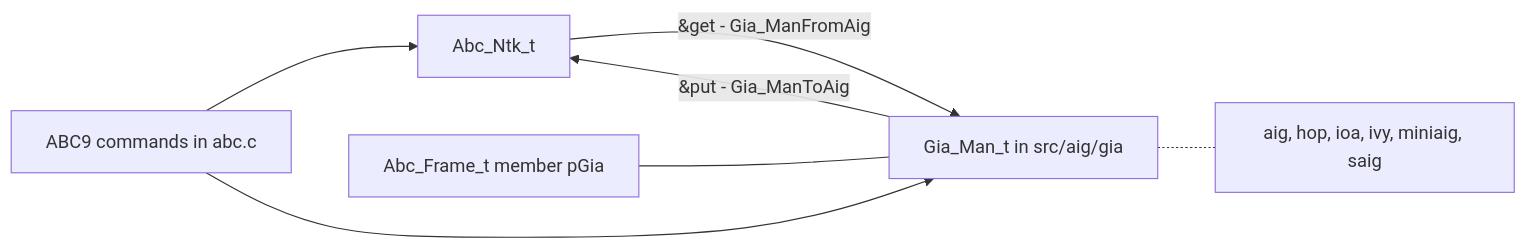
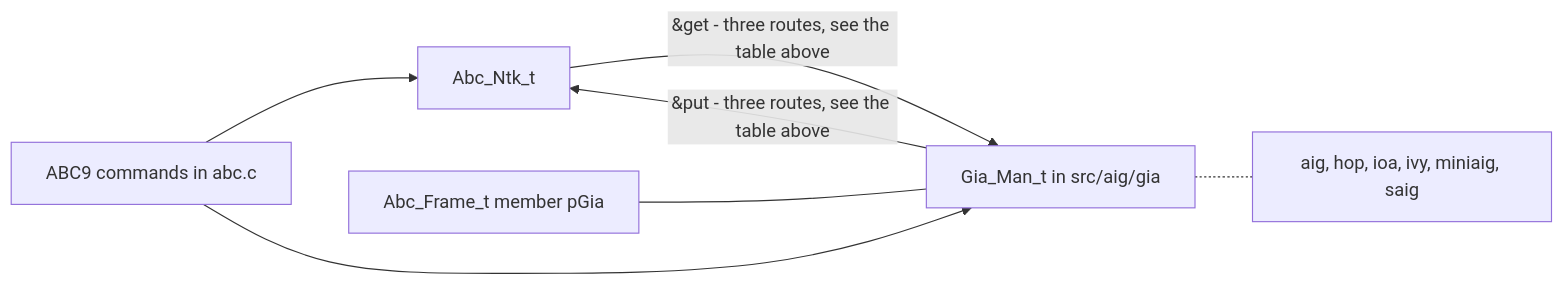
Before and after one commit to blitzy-research/abc: the first of 10 diagrams in src/aig/gia/README.md, drawn with Mermaid. The commit also changed other lines of this file and 3 other files, not shown here.

````diff
--- a/src/aig/gia/README.md
+++ b/src/aig/gia/README.md
@@ -153,14 +157,14 @@
 ```mermaid
 graph LR
     CMD["ABC9 commands in abc.c"]
     NTK["Abc_Ntk_t"]
     GIA["Gia_Man_t in src/aig/gia"]
     FRAME["Abc_Frame_t member pGia"]
     SIBS["aig, hop, ioa, ivy, miniaig, saig"]
     CMD --> NTK
     CMD --> GIA
-    NTK -- "&get - Gia_ManFromAig" --> GIA
-    GIA -- "&put - Gia_ManToAig" --> NTK
+    NTK -- "&get - three routes, see the table above" --> GIA
+    GIA -- "&put - three routes, see the table above" --> NTK
     FRAME --- GIA
     GIA -.- SIBS
 ```
````
